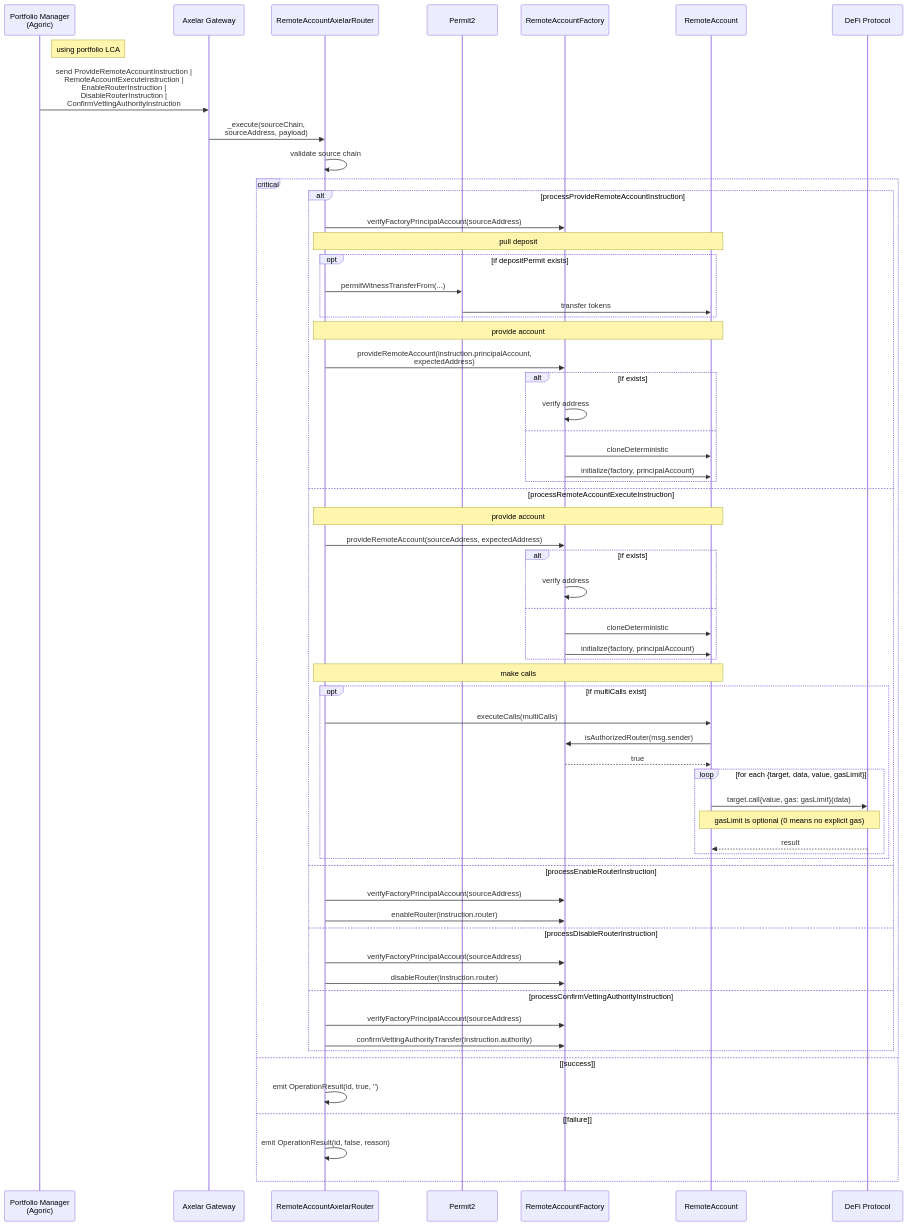
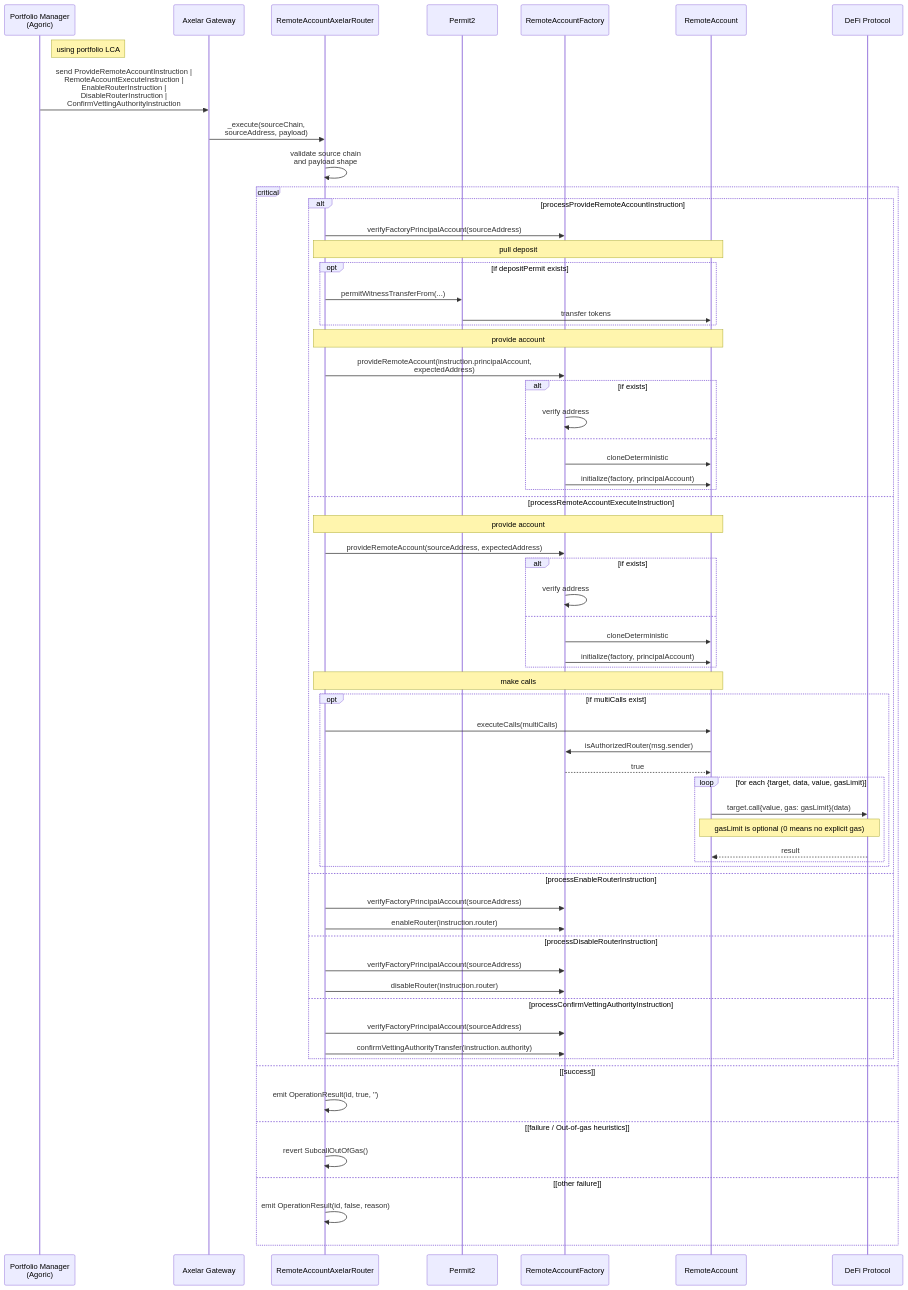
The eighth of 10 diagrams in packages/axelar-local-dev-cosmos/src/contracts/design.md (agoric-labs/agoric-to-axelar-local), drawn with Mermaid before and after one commit. The commit also changed other lines of this file, not shown here.

````diff
--- a/packages/axelar-local-dev-cosmos/src/contracts/design.md
+++ b/packages/axelar-local-dev-cosmos/src/contracts/design.md
@@ -519,71 +537,73 @@
 ```mermaid
 sequenceDiagram
     participant PM as Portfolio Manager<br/>(Agoric)
     participant AXL as Axelar Gateway
     participant PR as RemoteAccountAxelarRouter
     participant P2 as Permit2
     participant RAF as RemoteAccountFactory
     participant RA as RemoteAccount
     participant DEFI as DeFi Protocol
 
     Note right of PM: using portfolio LCA
     PM->>AXL: send ProvideRemoteAccountInstruction |<br>RemoteAccountExecuteInstruction |<br>EnableRouterInstruction |<br>DisableRouterInstruction |<br>ConfirmVettingAuthorityInstruction
     AXL->>PR: _execute(sourceChain,<br>sourceAddress, payload)
 
-    PR->>PR: validate source chain
+    PR->>PR: validate source chain<br>and payload shape
 
     critical
         alt processProvideRemoteAccountInstruction
             PR->>RAF: verifyFactoryPrincipalAccount(sourceAddress)
 
             Note over PR,RA: pull deposit
             opt if depositPermit exists
                 PR->>P2: permitWitnessTransferFrom(...)
                 P2->>RA: transfer tokens
             end
 
             Note over PR,RA: provide account
             PR->>RAF: provideRemoteAccount(instruction.principalAccount,<br> expectedAddress)
             alt if exists
                 RAF->>RAF: verify address
             else
                 RAF->>RA: cloneDeterministic
                 RAF->>RA: initialize(factory, principalAccount)
             end
         else processRemoteAccountExecuteInstruction
             Note over PR,RA: provide account
             PR->>RAF: provideRemoteAccount(sourceAddress, expectedAddress)
             alt if exists
                 RAF->>RAF: verify address
             else
                 RAF->>RA: cloneDeterministic
                 RAF->>RA: initialize(factory, principalAccount)
             end
 
             Note over PR,RA: make calls
             opt if multiCalls exist
                 PR->>RA: executeCalls(multiCalls)
                 RA->>RAF: isAuthorizedRouter(msg.sender)
                 RAF-->>RA: true
                 loop for each {target, data, value, gasLimit}
                     RA->>DEFI: target.call{value, gas: gasLimit}(data)
                     Note over RA,DEFI: gasLimit is optional (0 means no explicit gas)
                     DEFI-->>RA: result
                 end
             end
         else processEnableRouterInstruction
             PR->>RAF: verifyFactoryPrincipalAccount(sourceAddress)
             PR->>RAF: enableRouter(instruction.router)
         else processDisableRouterInstruction
             PR->>RAF: verifyFactoryPrincipalAccount(sourceAddress)
             PR->>RAF: disableRouter(instruction.router)
         else processConfirmVettingAuthorityInstruction
             PR->>RAF: verifyFactoryPrincipalAccount(sourceAddress)
             PR->>RAF: confirmVettingAuthorityTransfer(instruction.authority)
         end
     option [success]
         PR->>PR: emit OperationResult(id, true, '')
-    option [failure]
+    option [failure / Out-of-gas heuristics]
+        PR->>PR: revert SubcallOutOfGas()
+    option [other failure]
         PR->>PR: emit OperationResult(id, false, reason)
     end
 ```
````
